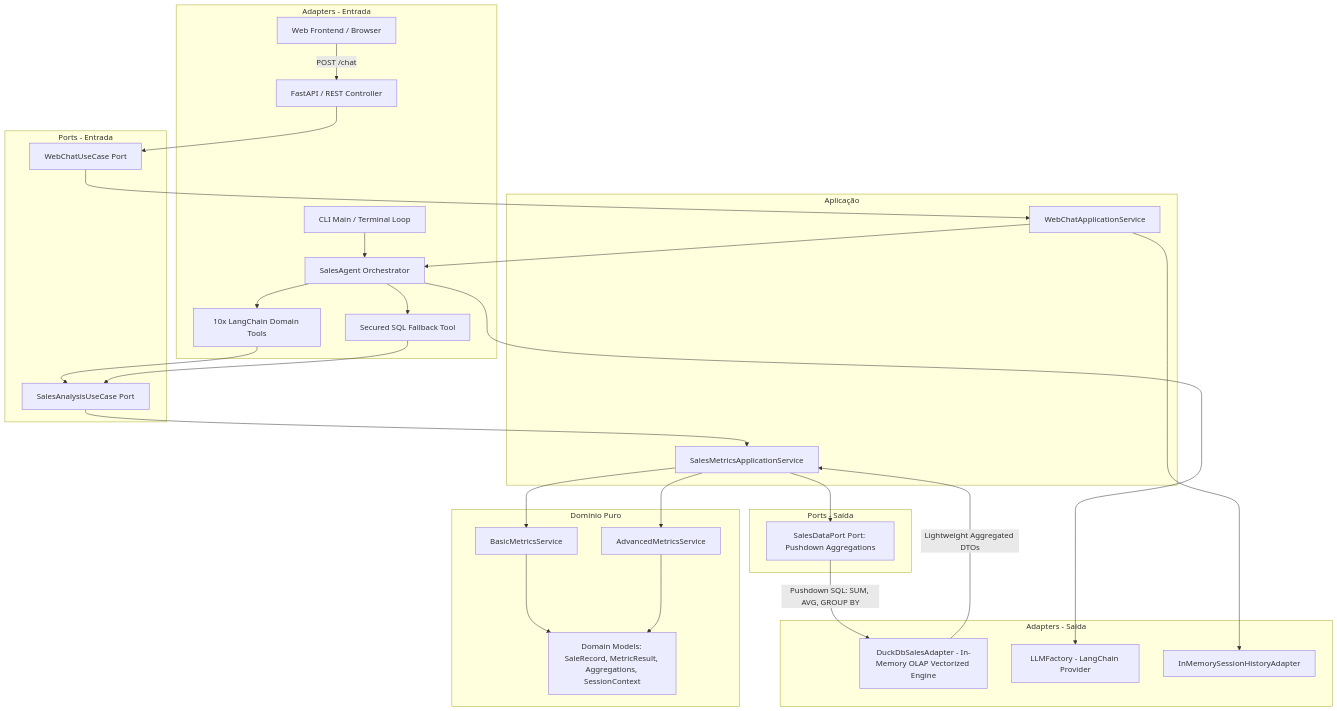
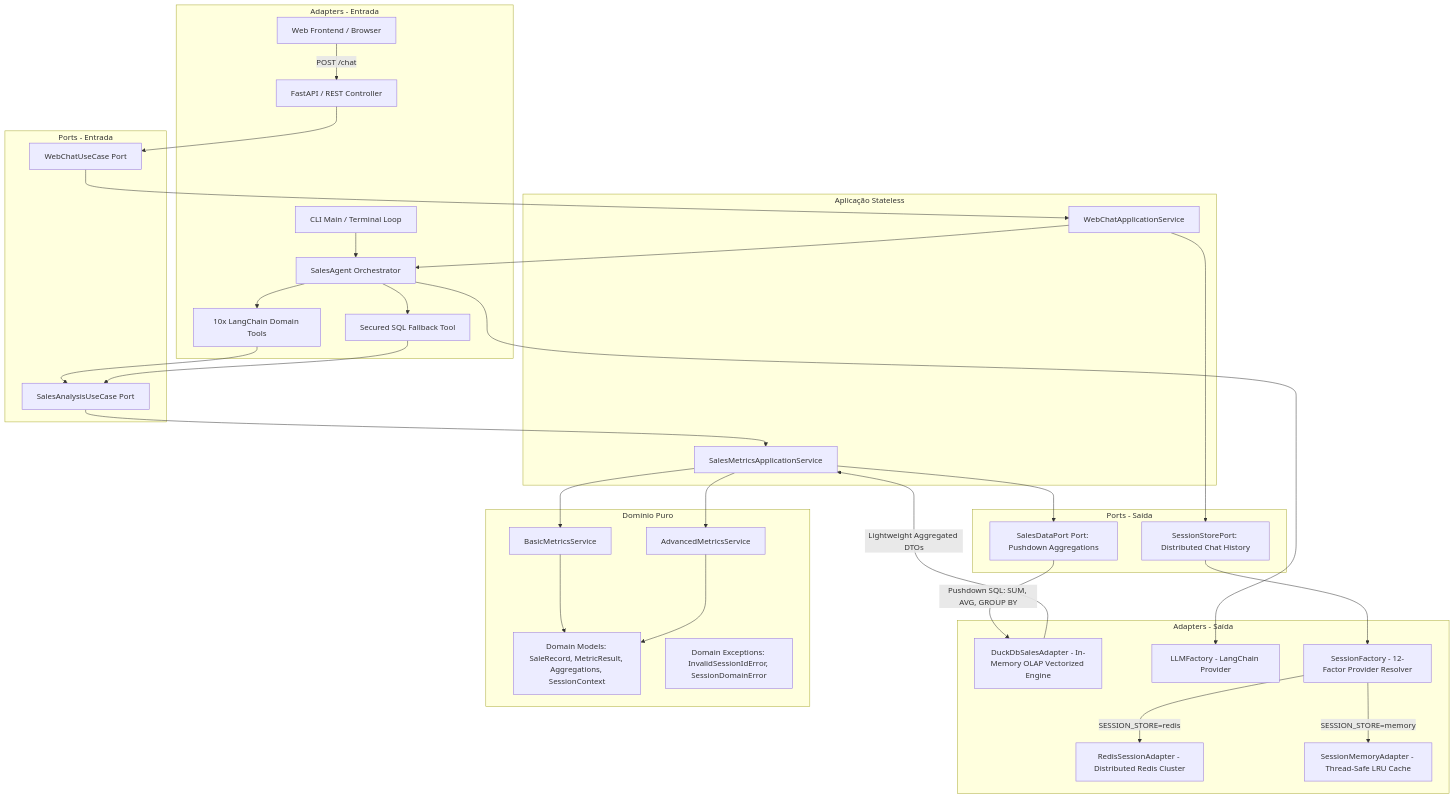
One commit to juliosilvacwb/sales-agent changed the first of 2 diagrams in README.md. Above: the diagram before and after it, drawn with Mermaid. The commit also changed other lines of this file and 14 other files, not shown here.

Commit message:
feat: implement distributed session management using Redis for stateless architectural scalability

````diff
--- a/README.md
+++ b/README.md
@@ -32,57 +33,64 @@
 ```mermaid
 graph TB
     subgraph Inbound Adapters [Adapters - Entrada]
         WebClient[Web Frontend / Browser]
         FastAPI[FastAPI / REST Controller]
         CLI[CLI Main / Terminal Loop]
         Agent[SalesAgent Orchestrator]
         DomainTools[10x LangChain Domain Tools]
         FallbackTool[Secured SQL Fallback Tool]
     end
 
     subgraph Inbound Ports [Ports - Entrada]
         UseCasePort[SalesAnalysisUseCase Port]
         WebChatPort[WebChatUseCase Port]
     end
 
-    subgraph Application Core [Aplicação]
+    subgraph Application Core [Aplicação Stateless]
         AppService[SalesMetricsApplicationService]
         WebChatAppService[WebChatApplicationService]
     end
 
     subgraph Outbound Ports [Ports - Saída]
         DataPort[SalesDataPort Port: Pushdown Aggregations]
+        SessionPort[SessionStorePort: Distributed Chat History]
     end
 
     subgraph Outbound Adapters [Adapters - Saída]
         DuckDBAdapter[DuckDbSalesAdapter - In-Memory OLAP Vectorized Engine]
         LLMFactory[LLMFactory - LangChain Provider]
-        SessionMemory[InMemorySessionHistoryAdapter]
+        SessionFactory[SessionFactory - 12-Factor Provider Resolver]
+        RedisAdapter[RedisSessionAdapter - Distributed Redis Cluster]
+        MemoryAdapter[SessionMemoryAdapter - Thread-Safe LRU Cache]
     end
 
     subgraph Domain Core [Domínio Puro]
         Models[Domain Models: SaleRecord, MetricResult, Aggregations, SessionContext]
         BasicMetrics[BasicMetricsService]
         AdvancedMetrics[AdvancedMetricsService]
+        SessionExceptions[Domain Exceptions: InvalidSessionIdError, SessionDomainError]
     end
 
     WebClient -->|POST /chat| FastAPI
     FastAPI --> WebChatPort
     WebChatPort --> WebChatAppService
     WebChatAppService --> Agent
-    WebChatAppService --> SessionMemory
+    WebChatAppService --> SessionPort
+    SessionPort --> SessionFactory
+    SessionFactory -->|SESSION_STORE=redis| RedisAdapter
+    SessionFactory -->|SESSION_STORE=memory| MemoryAdapter
     CLI --> Agent
     Agent --> DomainTools
     Agent --> FallbackTool
     DomainTools --> UseCasePort
     FallbackTool --> UseCasePort
     UseCasePort --> AppService
     AppService --> DataPort
     DataPort -->|Pushdown SQL: SUM, AVG, GROUP BY| DuckDBAdapter
     DuckDBAdapter -->|Lightweight Aggregated DTOs| AppService
     AppService --> BasicMetrics
     AppService --> AdvancedMetrics
     BasicMetrics --> Models
     AdvancedMetrics --> Models
     Agent --> LLMFactory
 ```
````
